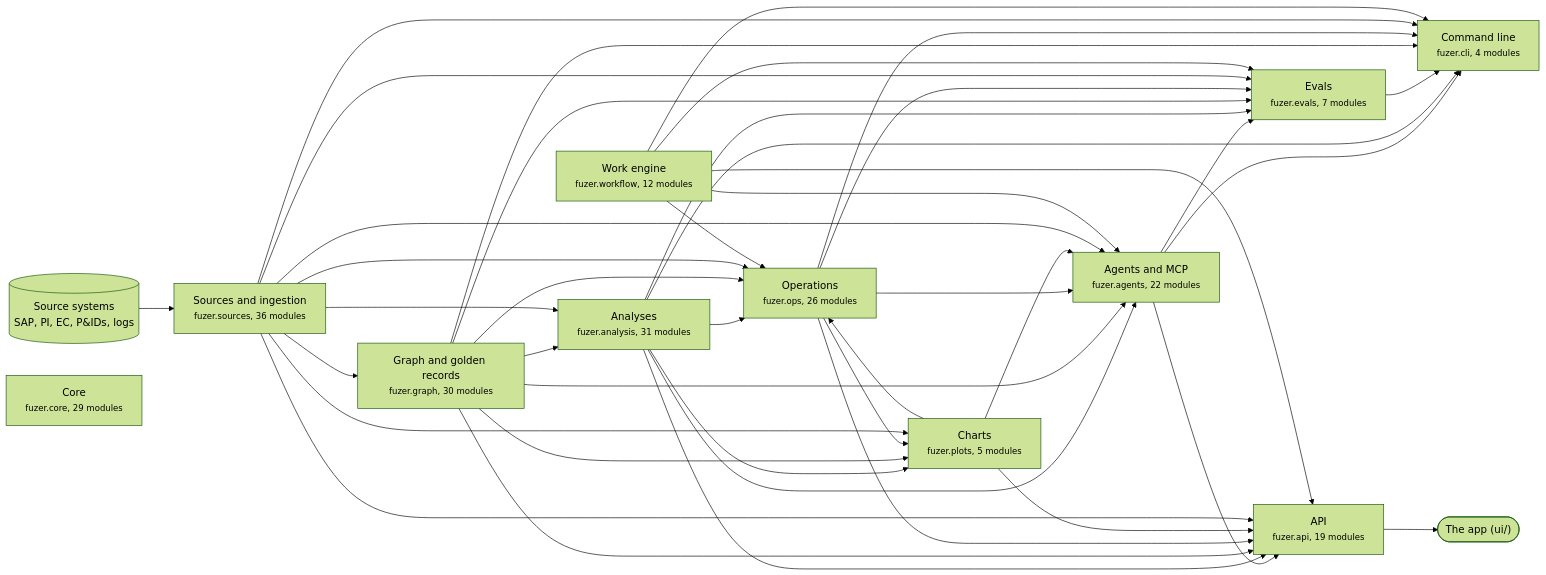
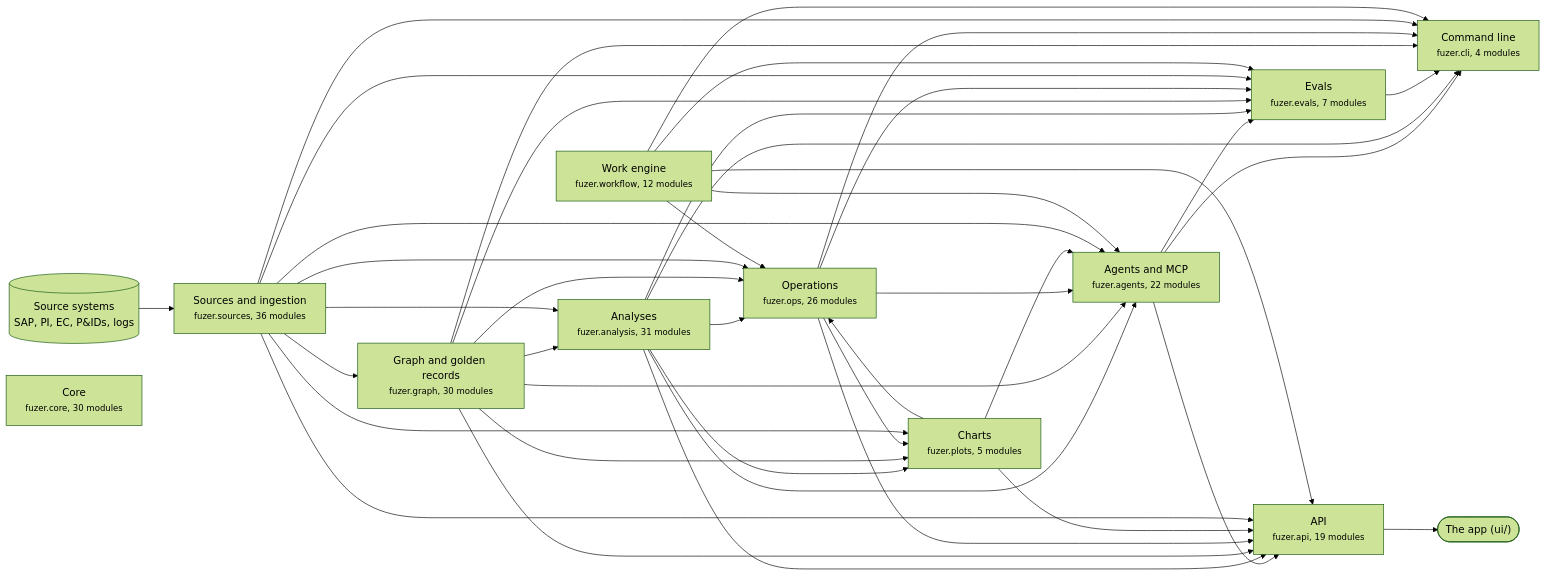
One commit to areed145/fuzer changed the first of 3 diagrams in docs/architecture.md. Above: the diagram before and after it, drawn with Mermaid (forest theme). The commit also changed other lines of this file, not shown here.

Commit message:
Regenerate docs/architecture.md for core/bugreports
Claude-Session: https://claude.ai/code/session_01LEmc6TcDfxcKTA3hAXqLUx

````diff
--- a/docs/architecture.md
+++ b/docs/architecture.md
@@ -8,66 +8,66 @@
 ```mermaid
 flowchart LR
   systems[("Source systems<br>SAP, PI, EC, P&IDs, logs")] --> c_sources
   app(["The app (ui/)"])
   c_api --> app
   c_sources["Sources and ingestion<br><small>fuzer.sources, 36 modules</small>"]
   c_graph["Graph and golden records<br><small>fuzer.graph, 30 modules</small>"]
   c_analysis["Analyses<br><small>fuzer.analysis, 31 modules</small>"]
   c_ops["Operations<br><small>fuzer.ops, 26 modules</small>"]
   c_plots["Charts<br><small>fuzer.plots, 5 modules</small>"]
   c_workflow["Work engine<br><small>fuzer.workflow, 12 modules</small>"]
   c_agents["Agents and MCP<br><small>fuzer.agents, 22 modules</small>"]
   c_evals["Evals<br><small>fuzer.evals, 7 modules</small>"]
   c_api["API<br><small>fuzer.api, 19 modules</small>"]
   c_cli["Command line<br><small>fuzer.cli, 4 modules</small>"]
-  c_core["Core<br><small>fuzer.core, 29 modules</small>"]
+  c_core["Core<br><small>fuzer.core, 30 modules</small>"]
   c_sources --> c_graph
   c_graph --> c_analysis
   c_sources --> c_analysis
   c_analysis --> c_ops
   c_graph --> c_ops
   c_plots --> c_ops
   c_sources --> c_ops
   c_workflow --> c_ops
   c_analysis --> c_plots
   c_graph --> c_plots
   c_ops --> c_plots
   c_sources --> c_plots
   c_analysis --> c_agents
   c_graph --> c_agents
   c_ops --> c_agents
   c_plots --> c_agents
   c_sources --> c_agents
   c_workflow --> c_agents
   c_agents --> c_evals
   c_analysis --> c_evals
   c_graph --> c_evals
   c_ops --> c_evals
   c_sources --> c_evals
   c_workflow --> c_evals
   c_agents --> c_api
   c_analysis --> c_api
   c_graph --> c_api
   c_ops --> c_api
   c_plots --> c_api
   c_sources --> c_api
   c_workflow --> c_api
   c_agents --> c_cli
   c_analysis --> c_cli
   c_evals --> c_cli
   c_graph --> c_cli
   c_ops --> c_cli
   c_sources --> c_cli
   c_workflow --> c_cli
   click c_sources "https://github.com/areed145/fuzer/tree/main/src/fuzer/sources"
   click c_graph "https://github.com/areed145/fuzer/tree/main/src/fuzer/graph"
   click c_analysis "https://github.com/areed145/fuzer/tree/main/src/fuzer/analysis"
   click c_ops "https://github.com/areed145/fuzer/tree/main/src/fuzer/ops"
   click c_plots "https://github.com/areed145/fuzer/tree/main/src/fuzer/plots"
   click c_workflow "https://github.com/areed145/fuzer/tree/main/src/fuzer/workflow"
   click c_agents "https://github.com/areed145/fuzer/tree/main/src/fuzer/agents"
   click c_evals "https://github.com/areed145/fuzer/tree/main/src/fuzer/evals"
   click c_api "https://github.com/areed145/fuzer/tree/main/src/fuzer/api"
   click c_cli "https://github.com/areed145/fuzer/tree/main/src/fuzer/cli"
   click c_core "https://github.com/areed145/fuzer/tree/main/src/fuzer/core"
 ```
````
